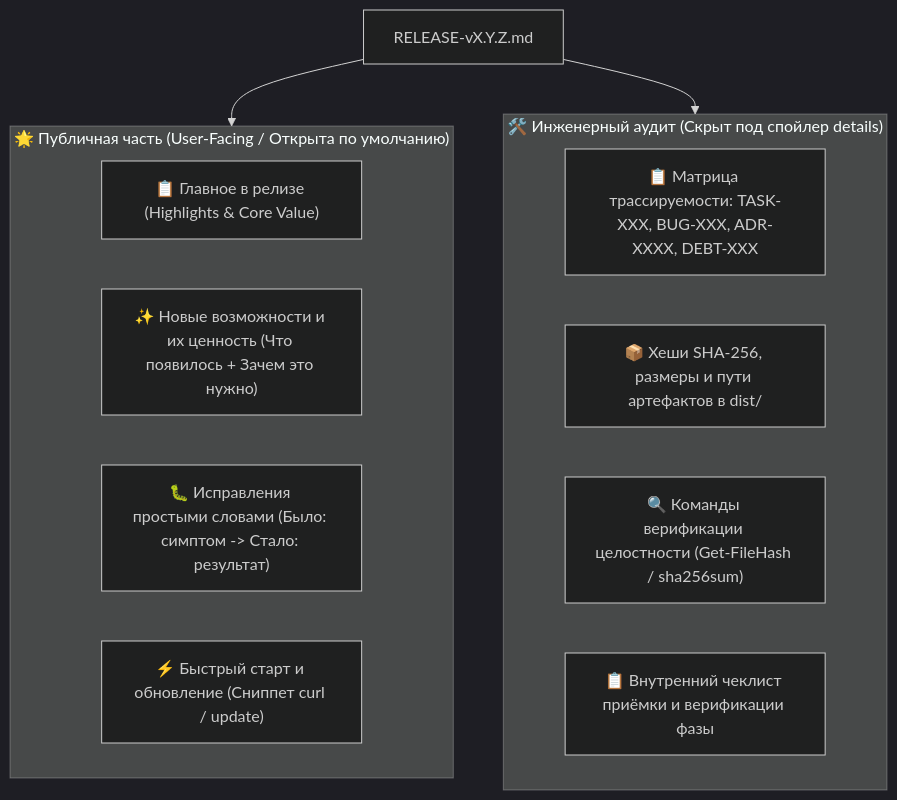
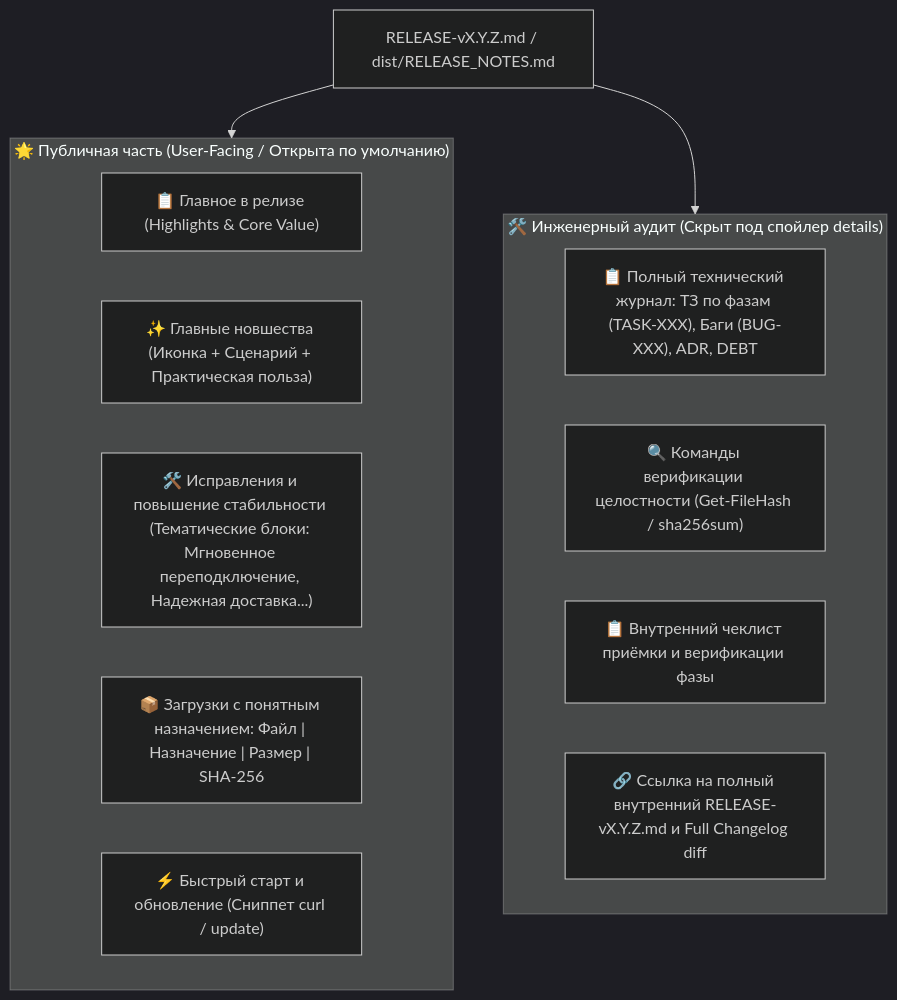
The diagram in docs/04_Research/RESEARCH-028-user-centric-release-notes-and-audit-separation.md (koudinie101-png/agent-docs-harness), drawn with Mermaid (dark theme) before and after one commit. The commit also changed other lines of this file and 3 other files, not shown here.

````diff
--- a/docs/04_Research/RESEARCH-028-user-centric-release-notes-and-audit-separation.md
+++ b/docs/04_Research/RESEARCH-028-user-centric-release-notes-and-audit-separation.md
@@ -67,19 +75,20 @@
 ```mermaid
 flowchart TD
     subgraph UserView["🌟 Публичная часть (User-Facing / Открыта по умолчанию)"]
         Summary["📋 Главное в релизе (Highlights & Core Value)"]
-        Features["✨ Новые возможности и их ценность (Что появилось + Зачем это нужно)"]
-        Fixes["🐛 Исправления простыми словами (Было: симптом -> Стало: результат)"]
+        Features["✨ Главные новшества (Иконка + Сценарий + Практическая польза)"]
+        Fixes["🛠️ Исправления и повышение стабильности (Тематические блоки: Мгновенное переподключение, Надежная доставка...)"]
+        ArtifactsUser["📦 Загрузки с понятным назначением: Файл | Назначение | Размер | SHA-256"]
         QuickStart["⚡ Быстрый старт и обновление (Сниппет curl / update)"]
     end
 
     subgraph TechAudit["🛠️ Инженерный аудит (Скрыт под спойлер details)"]
-        Traceability["📋 Матрица трассируемости: TASK-XXX, BUG-XXX, ADR-XXXX, DEBT-XXX"]
-        Artifacts["📦 Хеши SHA-256, размеры и пути артефактов в dist/"]
+        Traceability["📋 Полный технический журнал: ТЗ по фазам (TASK-XXX), Баги (BUG-XXX), ADR, DEBT"]
         Integrity["🔍 Команды верификации целостности (Get-FileHash / sha256sum)"]
         DoD["📋 Внутренний чеклист приёмки и верификации фазы"]
+        FullDiff["🔗 Ссылка на полный внутренний RELEASE-vX.Y.Z.md и Full Changelog diff"]
     end
 
-    ReleaseDoc["RELEASE-vX.Y.Z.md"] --> UserView
+    ReleaseDoc["RELEASE-vX.Y.Z.md / dist/RELEASE_NOTES.md"] --> UserView
     ReleaseDoc --> TechAudit
 ```
````
